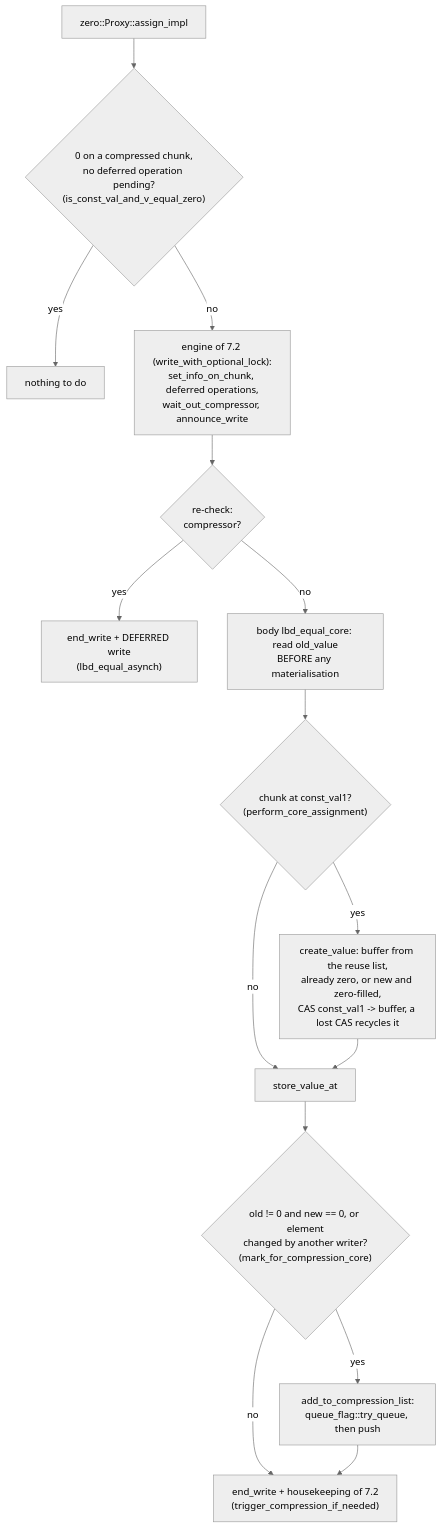
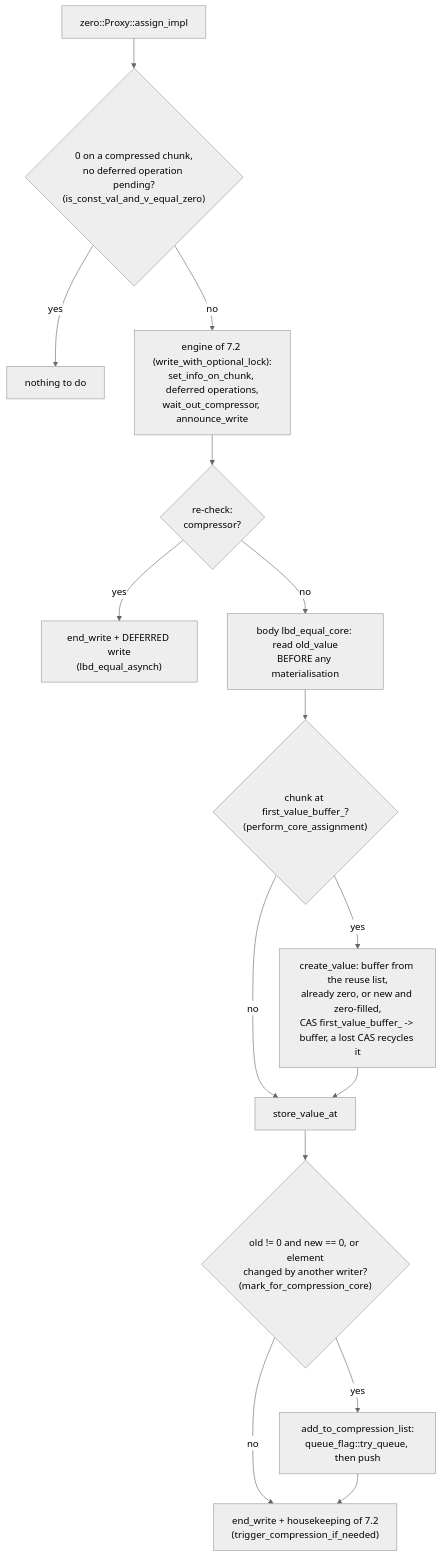
Before and after one commit to cea-hpc/shrink-array: the first of 2 diagrams in docs/algo_zero.md, drawn with Mermaid (neutral theme). The commit also changed other lines of this file and 79 other files, not shown here.

````diff
--- a/docs/algo_zero.md
+++ b/docs/algo_zero.md
@@ -59,17 +59,17 @@
 ```mermaid
 flowchart TD
     A["zero::Proxy::assign_impl"] --> B{"0 on a compressed chunk,<br/>no deferred operation pending?<br/>(is_const_val_and_v_equal_zero)"}
     B -->|yes| B1["nothing to do"]
     B -->|no| C["engine of 7.2 (write_with_optional_lock):<br/>set_info_on_chunk, deferred operations,<br/>wait_out_compressor, announce_write"]
     C --> D{"re-check:<br/>compressor?"}
     D -->|yes| D1["end_write + DEFERRED write<br/>(lbd_equal_asynch)"]
     D -->|no| E["body lbd_equal_core: read old_value<br/>BEFORE any materialisation"]
-    E --> F{"chunk at const_val1?<br/>(perform_core_assignment)"}
-    F -->|yes| G["create_value: buffer from the reuse list,<br/>already zero, or new and zero-filled,<br/>CAS const_val1 -> buffer, a lost CAS recycles it"]
+    E --> F{"chunk at first_value_buffer_?<br/>(perform_core_assignment)"}
+    F -->|yes| G["create_value: buffer from the reuse list,<br/>already zero, or new and zero-filled,<br/>CAS first_value_buffer_ -> buffer, a lost CAS recycles it"]
     F -->|no| H
     G --> H["store_value_at"]
     H --> I{"old != 0 and new == 0, or element<br/>changed by another writer?<br/>(mark_for_compression_core)"}
     I -->|yes| J["add_to_compression_list:<br/>queue_flag::try_queue, then push"]
     I -->|no| K
     J --> K["end_write + housekeeping of 7.2<br/>(trigger_compression_if_needed)"]
 ```
````
